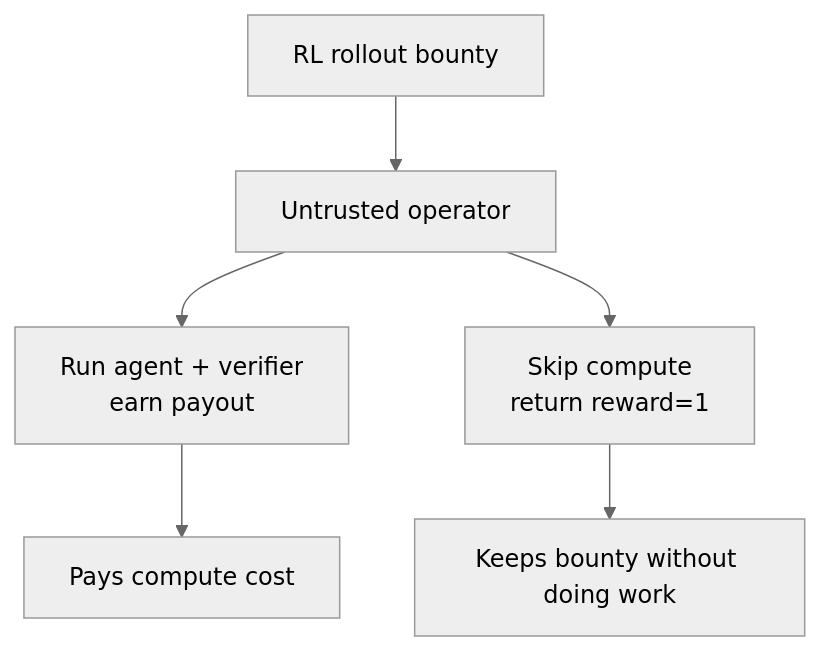
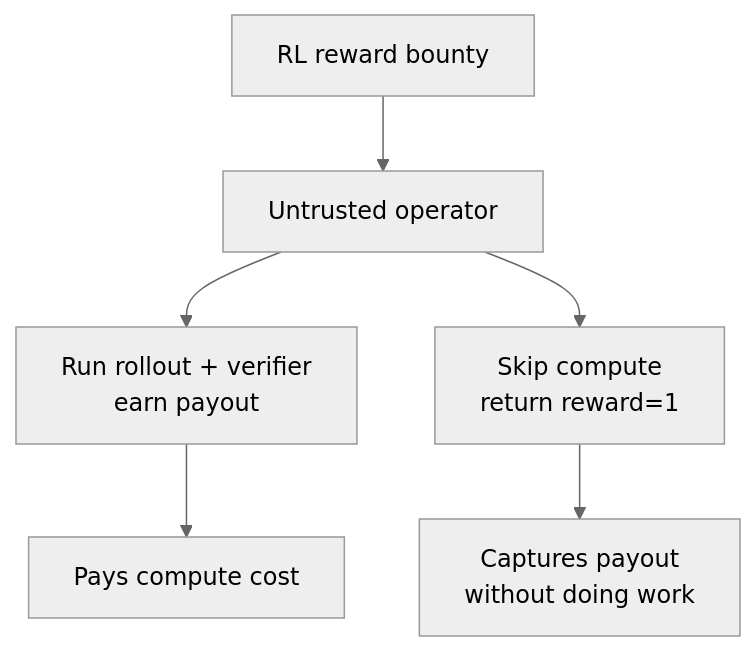
One commit to arakoodev/SolRL changed the fourth of 13 diagrams in why.md. Above: the diagram before and after it, drawn with Mermaid (neutral theme). The commit also changed other lines of this file, not shown here.

````diff
--- a/why.md
+++ b/why.md
@@ -69,8 +89,8 @@
 ```mermaid
 flowchart TD
-    Job["RL rollout bounty"] --> Operator["Untrusted operator"]
-    Operator --> Honest["Run agent + verifier<br/>earn payout"]
+    Job["RL reward bounty"] --> Operator["Untrusted operator"]
+    Operator --> Honest["Run rollout + verifier<br/>earn payout"]
     Operator --> Cheat["Skip compute<br/>return reward=1"]
     Honest --> Cost["Pays compute cost"]
-    Cheat --> Profit["Keeps bounty without doing work"]
+    Cheat --> Fraud["Captures payout<br/>without doing work"]
 ```
````
